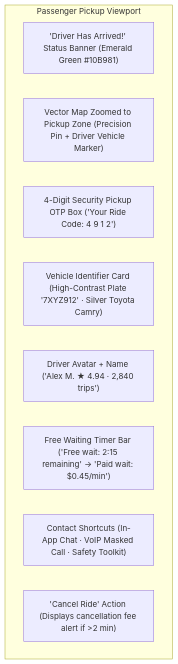
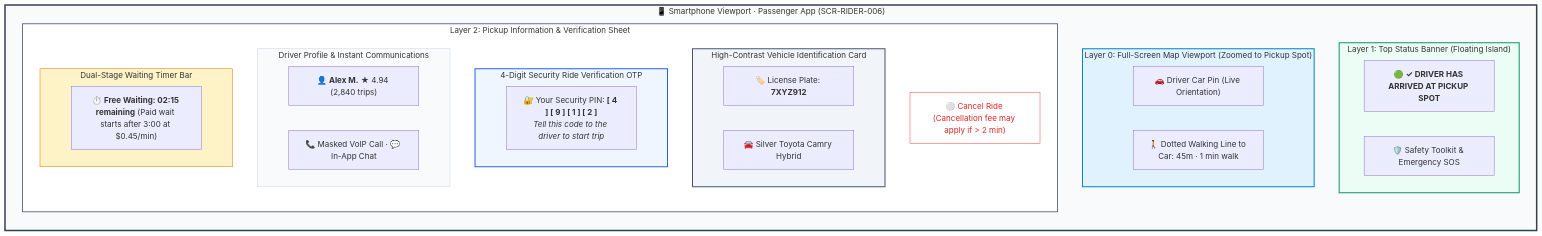
One commit to gkosarintsev/taxi-docs changed the first of 2 diagrams in docs/05-ui-and-ux/screen-contracts/passenger-driver-arrived-and-pickup.md. Above: the diagram before and after it, drawn with Mermaid. The commit also changed other lines of this file and 1 other file, not shown here.

Commit message:
docs(ui): upgrade passenger pickup and radar search screen contracts with visual multi-layer Mermaid mockups

````diff
--- a/docs/05-ui-and-ux/screen-contracts/passenger-driver-arrived-and-pickup.md
+++ b/docs/05-ui-and-ux/screen-contracts/passenger-driver-arrived-and-pickup.md
@@ -9,13 +12,49 @@
 ```mermaid
-graph TD
-    subgraph PickupHUD [Passenger Pickup Viewport]
-        TopStatusBanner["'Driver Has Arrived!' Status Banner (Emerald Green #10B981)"]
-        MapSpotCanvas["Vector Map Zoomed to Pickup Zone (Precision Pin + Driver Vehicle Marker)"]
-        OTPBadge["4-Digit Security Pickup OTP Box ('Your Ride Code: 4 9 1 2')"]
-        VehicleCard["Vehicle Identifier Card (High-Contrast Plate '7XYZ912' · Silver Toyota Camry)"]
-        DriverProfile["Driver Avatar + Name ('Alex M. ★ 4.94 · 2,840 trips')"]
-        WaitTimerHUD["Free Waiting Timer Bar ('Free wait: 2:15 remaining' -> 'Paid wait: $0.45/min')"]
-        ActionCluster["Contact Shortcuts (In-App Chat · VoIP Masked Call · Safety Toolkit)"]
-        CancelAction["'Cancel Ride' Action (Displays cancellation fee alert if >2 min)"]
+flowchart TB
+    subgraph PhoneFrame ["📱 Smartphone Viewport · Passenger App (SCR-RIDER-006)"]
+        direction TB
+
+        subgraph TopStatus ["Layer 1: Top Status Banner (Floating Island)"]
+            StatusText["🟢 <b>✓ DRIVER HAS ARRIVED AT PICKUP SPOT</b>"]
+            SafetyIcon["🛡️ Safety Toolkit & Emergency SOS"]
+        end
+
+        subgraph MapCanvas ["Layer 0: Full-Screen Map Viewport (Zoomed to Pickup Spot)"]
+            CarMarker["🚗 Driver Car Pin (Live Orientation)"]
+            WalkingGuide["🚶 Dotted Walking Line to Car: 45m · 1 min walk"]
+        end
+
+        subgraph BottomSheet ["Layer 2: Pickup Information & Verification Sheet"]
+            direction TB
+            subgraph VehicleIdentity ["High-Contrast Vehicle Identification Card"]
+                PlateBadge["🏷️ License Plate: <size:16><b>7XYZ912</b></size>"]
+                CarModel["🚘 Silver Toyota Camry Hybrid"]
+            end
+
+            subgraph OTPCard ["4-Digit Security Ride Verification OTP"]
+                OTPBox["🔐 Your Security PIN: <size:18><b>[ 4 ] [ 9 ] [ 1 ] [ 2 ]</b></size><br/><i>Tell this code to the driver to start trip</i>"]
+            end
+
+            subgraph DriverProfile ["Driver Profile & Instant Communications"]
+                DriverInfo["👤 <b>Alex M.</b> ★ 4.94 (2,840 trips)"]
+                Comms["📞 Masked VoIP Call · 💬 In-App Chat"]
+            end
+
+            subgraph WaitTimer ["Dual-Stage Waiting Timer Bar"]
+                Timer["⏱️ <b>Free Waiting: 02:15 remaining</b> (Paid wait starts after 3:00 at $0.45/min)"]
+            end
+
+            CancelBtn["⚪ Cancel Ride (Cancellation fee may apply if > 2 min)"]
+        end
     end
+
+    style PhoneFrame fill:#F8FAFC,stroke:#334155,stroke-width:3px
+    style TopStatus fill:#ECFDF5,stroke:#059669,stroke-width:2px
+    style MapCanvas fill:#E0F2FE,stroke:#0284C7,stroke-width:2px
+    style BottomSheet fill:#FFFFFF,stroke:#64748B,stroke-width:2px
+    style VehicleIdentity fill:#F1F5F9,stroke:#475569,stroke-width:2px
+    style OTPCard fill:#EFF6FF,stroke:#2563EB,stroke-width:2px
+    style DriverProfile fill:#F8FAFC,stroke:#CBD5E1,stroke-width:1px
+    style WaitTimer fill:#FEF3C7,stroke:#D97706,stroke-width:1px
+    style CancelBtn fill:#FFFFFF,stroke:#EF4444,color:#DC2626,stroke-width:1px
 ```
````
